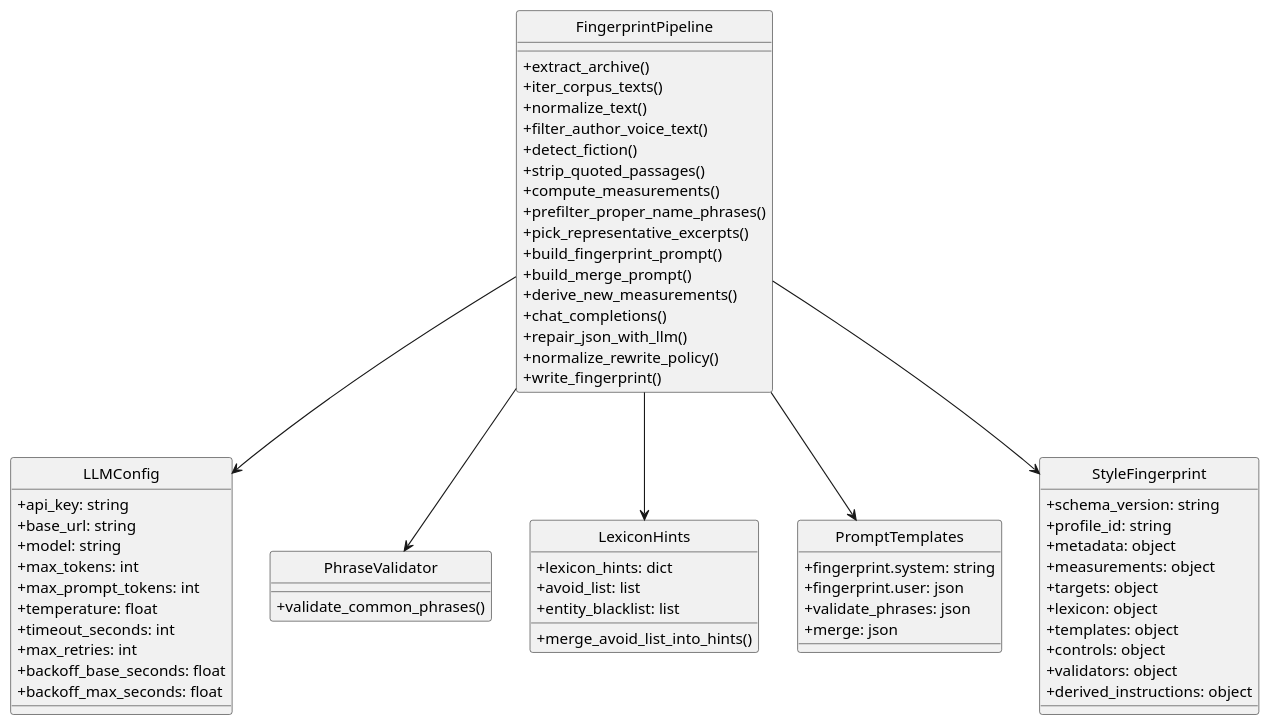
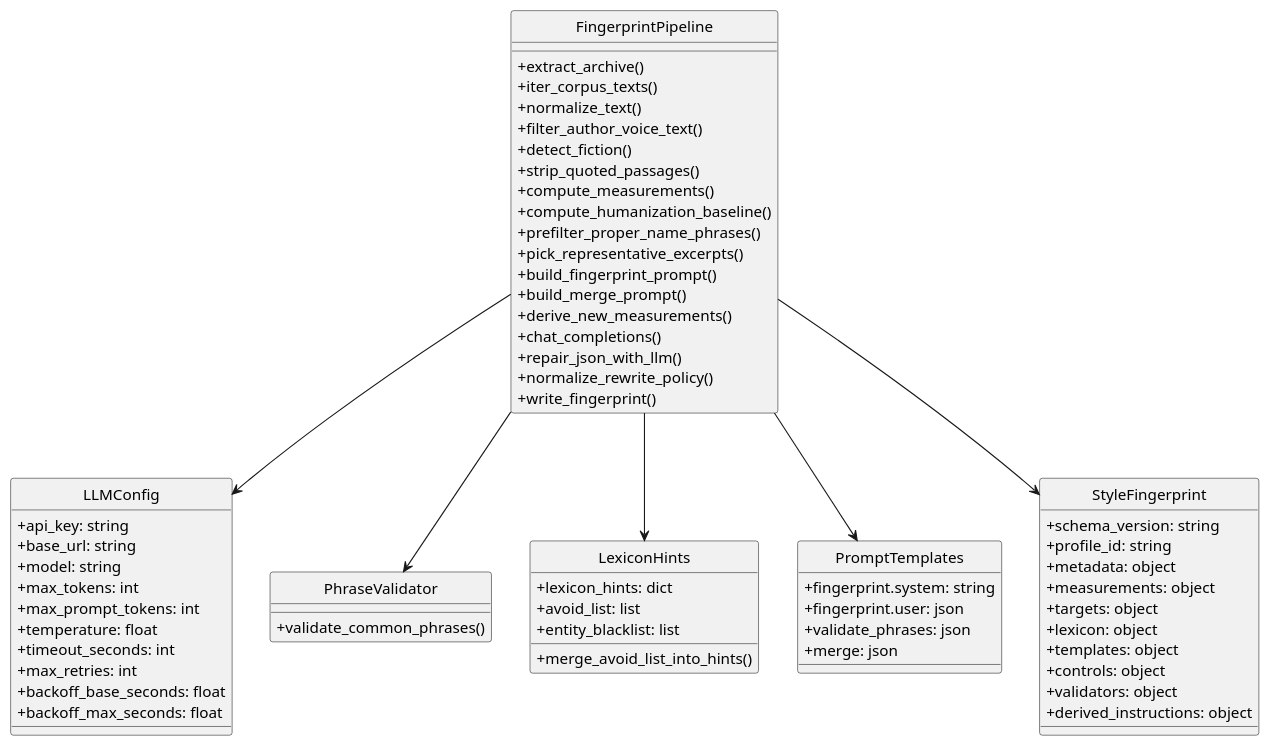
The first of 3 diagrams in UML-Fingerprint.md (ngpepin/stylometric-transfer), drawn with PlantUML before and after one commit. The commit also changed other lines of this file and 15 other files, not shown here.

````diff
--- a/UML-Fingerprint.md
+++ b/UML-Fingerprint.md
@@ -7,75 +7,76 @@
 ```plantuml
 @startuml
 skinparam style strictuml
 skinparam classAttributeIconSize 0
 
 class LLMConfig {
   +api_key: string
   +base_url: string
   +model: string
   +max_tokens: int
   +max_prompt_tokens: int
   +temperature: float
   +timeout_seconds: int
   +max_retries: int
   +backoff_base_seconds: float
   +backoff_max_seconds: float
 }
 
 class FingerprintPipeline {
   +extract_archive()
   +iter_corpus_texts()
   +normalize_text()
   +filter_author_voice_text()
   +detect_fiction()
   +strip_quoted_passages()
   +compute_measurements()
+  +compute_humanization_baseline()
   +prefilter_proper_name_phrases()
   +pick_representative_excerpts()
   +build_fingerprint_prompt()
   +build_merge_prompt()
   +derive_new_measurements()
   +chat_completions()
   +repair_json_with_llm()
   +normalize_rewrite_policy()
   +write_fingerprint()
 }
 
 class PhraseValidator {
   +validate_common_phrases()
 }
 
 class LexiconHints {
   +lexicon_hints: dict
   +avoid_list: list
   +entity_blacklist: list
   +merge_avoid_list_into_hints()
 }
 
 class PromptTemplates {
   +fingerprint.system: string
   +fingerprint.user: json
   +validate_phrases: json
   +merge: json
 }
 
 class StyleFingerprint {
   +schema_version: string
   +profile_id: string
   +metadata: object
   +measurements: object
   +targets: object
   +lexicon: object
   +templates: object
   +controls: object
   +validators: object
   +derived_instructions: object
 }
 
 FingerprintPipeline --> LLMConfig
 FingerprintPipeline --> PromptTemplates
 FingerprintPipeline --> PhraseValidator
 FingerprintPipeline --> LexiconHints
 FingerprintPipeline --> StyleFingerprint
 @enduml
 ```
````
